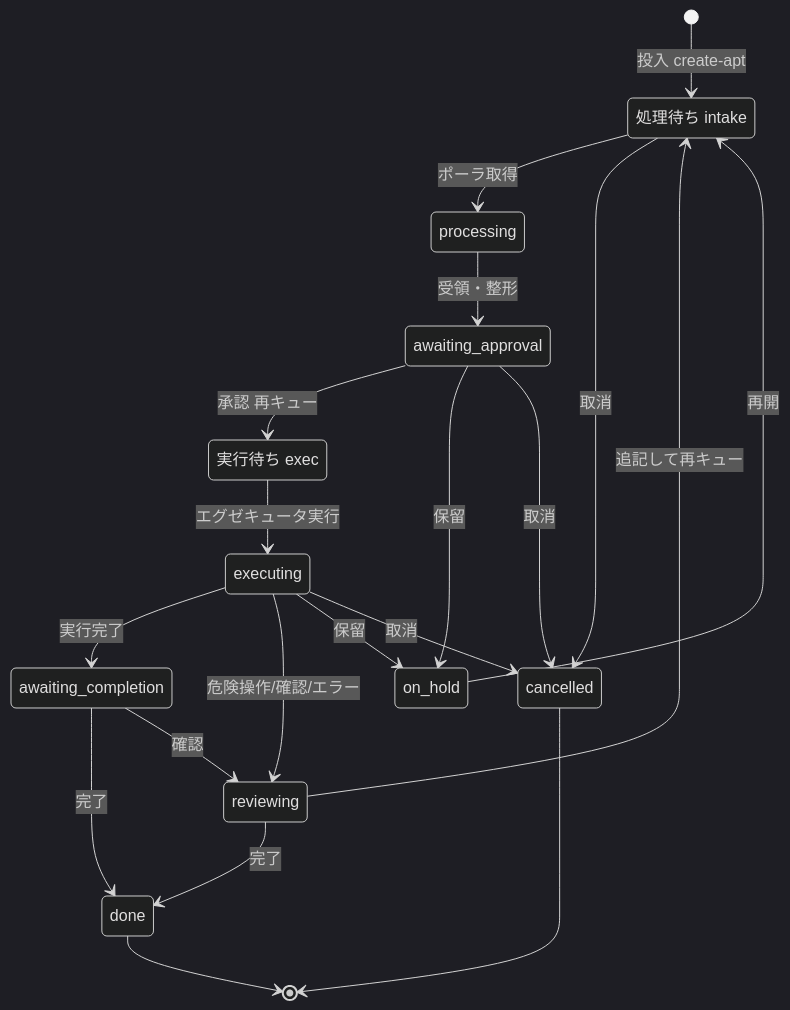
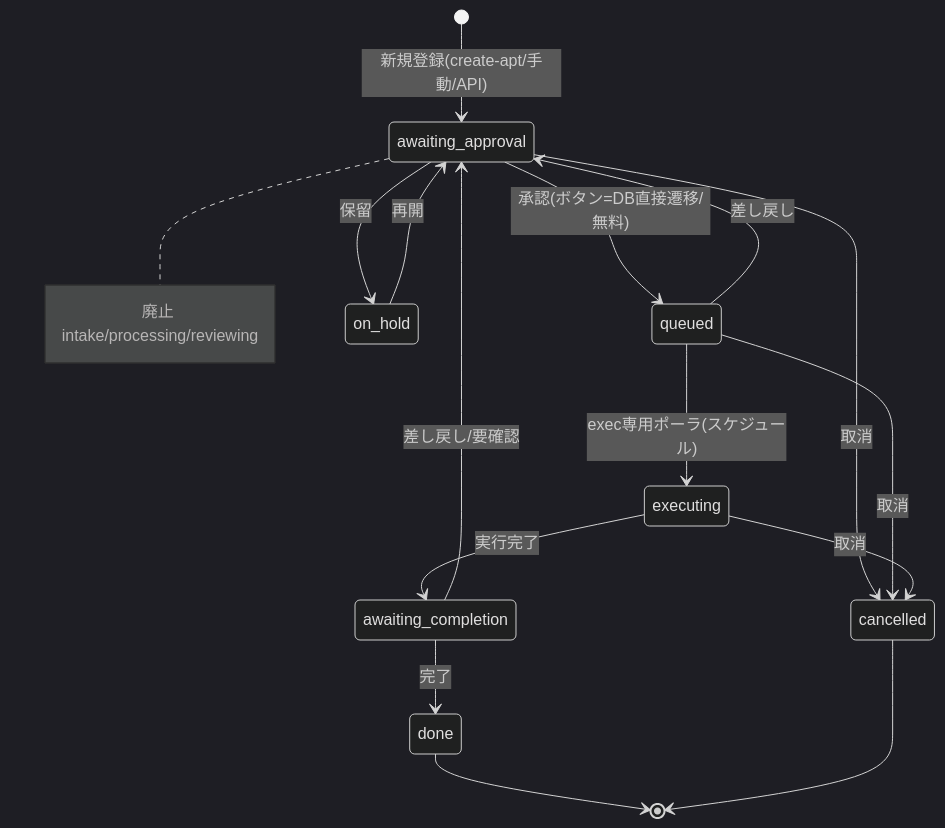
Before and after one commit to TakahitoSuzukiii/public-openclaw-01: the second of 2 diagrams in docs/openclaw/014_DONE_SETUP_task-board.md, drawn with Mermaid (dark theme). The commit also changed other lines of this file, not shown here.

First line of the commit message:
docs(task-board): sync 014 to 016 redesign (7-state machine, exec-only scheduled poller)

````diff
--- a/docs/openclaw/014_DONE_SETUP_task-board.md
+++ b/docs/openclaw/014_DONE_SETUP_task-board.md
@@ -71,24 +76,18 @@
 ```mermaid
 stateDiagram-v2
-    state "処理待ち intake" as q_intake
-    state "実行待ち exec" as q_exec
-    [*] --> q_intake: 投入 create-apt
-    q_intake --> processing: ポーラ取得
-    processing --> awaiting_approval: 受領・整形
-    awaiting_approval --> q_exec: 承認 再キュー
-    q_exec --> executing: エグゼキュータ実行
+    [*] --> awaiting_approval: 新規登録(create-apt/手動/API)
+    awaiting_approval --> queued: 承認(ボタン=DB直接遷移/無料)
+    queued --> executing: exec専用ポーラ(スケジュール)
     executing --> awaiting_completion: 実行完了
-    executing --> reviewing: 危険操作/確認/エラー
     awaiting_completion --> done: 完了
-    awaiting_completion --> reviewing: 確認
-    reviewing --> q_intake: 追記して再キュー
-    reviewing --> done: 完了
+    awaiting_completion --> awaiting_approval: 差し戻し/要確認
+    queued --> awaiting_approval: 差し戻し
     awaiting_approval --> on_hold: 保留
-    executing --> on_hold: 保留
-    on_hold --> q_intake: 再開
-    q_intake --> cancelled: 取消
+    on_hold --> awaiting_approval: 再開
     awaiting_approval --> cancelled: 取消
+    queued --> cancelled: 取消
     executing --> cancelled: 取消
     done --> [*]
     cancelled --> [*]
+    note right of awaiting_approval: 廃止 intake/processing/reviewing
 ```
````
